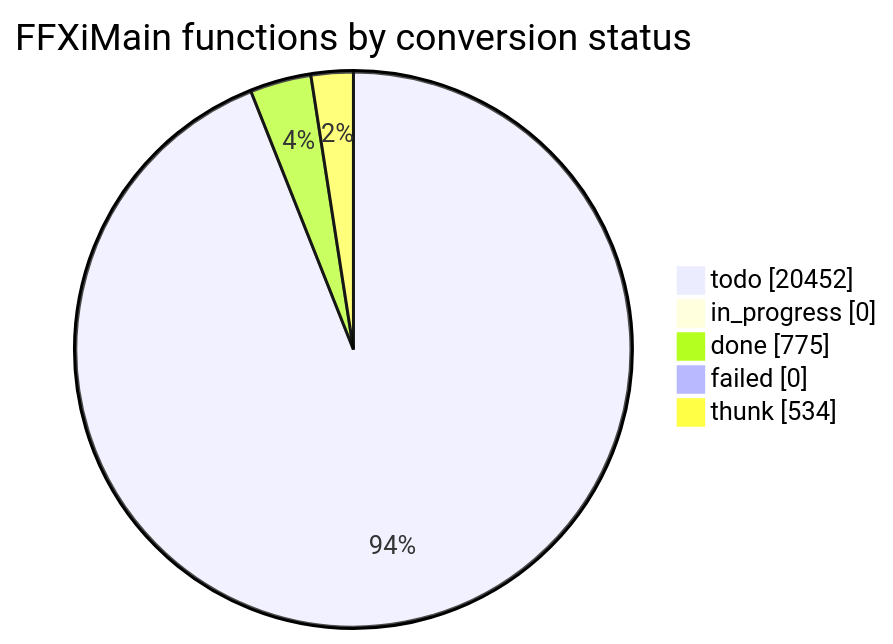
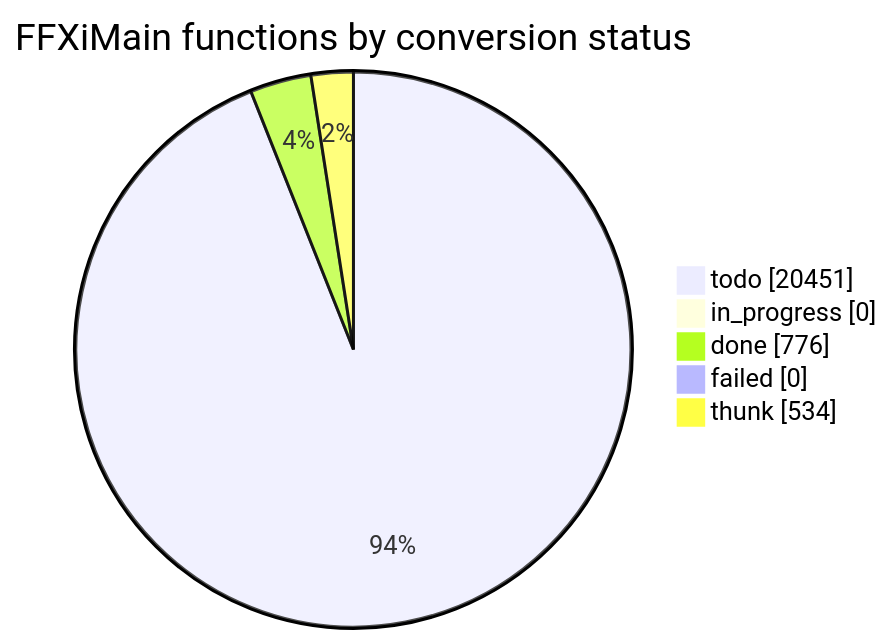
The diagram in docs/cow/STATUS.md (cowrevenge/cow_kuluu_xi_anything), drawn with Mermaid before and after one commit. The commit also changed other lines of this file and 9 other files, not shown here.

````diff
--- a/docs/cow/STATUS.md
+++ b/docs/cow/STATUS.md
@@ -18,9 +18,9 @@
 ```mermaid
 pie showData
     title FFXiMain functions by conversion status
-    "todo" : 20452
+    "todo" : 20451
     "in_progress" : 0
-    "done" : 775
+    "done" : 776
     "failed" : 0
     "thunk" : 534
 ```
````
